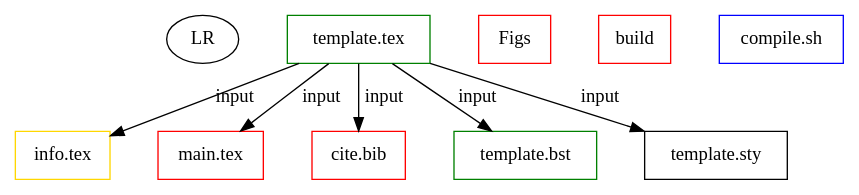
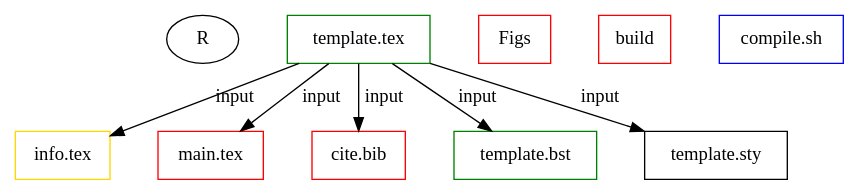
Before and after one commit to bwtian/texTemplate: the diagram in texTemplate.org, drawn with Graphviz.

Commit message:
/ ‘texTemplate.org’

```diff
--- a/texTemplate.org
+++ b/texTemplate.org
@@ -4,25 +4,25 @@
 #+BEGIN_SRC dot :file ./texTemplate.svg 
   digraph { 
-  LR
+  R
   fontname="Times"; 
   fontsize = 12; 
   splines = false; 
   ranksep = 0.5; 
   nodesep = 0.5; 
   node [shape = box] 
   //1. set node 
   temp [label = "template.tex", color = green]
   info [label = "info.tex", color = gold]
   main [label = "main.tex", color = red]
   bib [label = "cite.bib", color = red]
   bst [label = "template.bst", color = green]
   sty [label = "template.sty"]
   fig [label = "Figs", color=red]
   build [label  = "build", color = red]
   gen [label = "compile.sh", color = blue]
   //2. set path 
   temp -> {info,main, bib, bst, sty} [label = input]
   //3. set rank 
 
   }
 #+END_SRC
```
